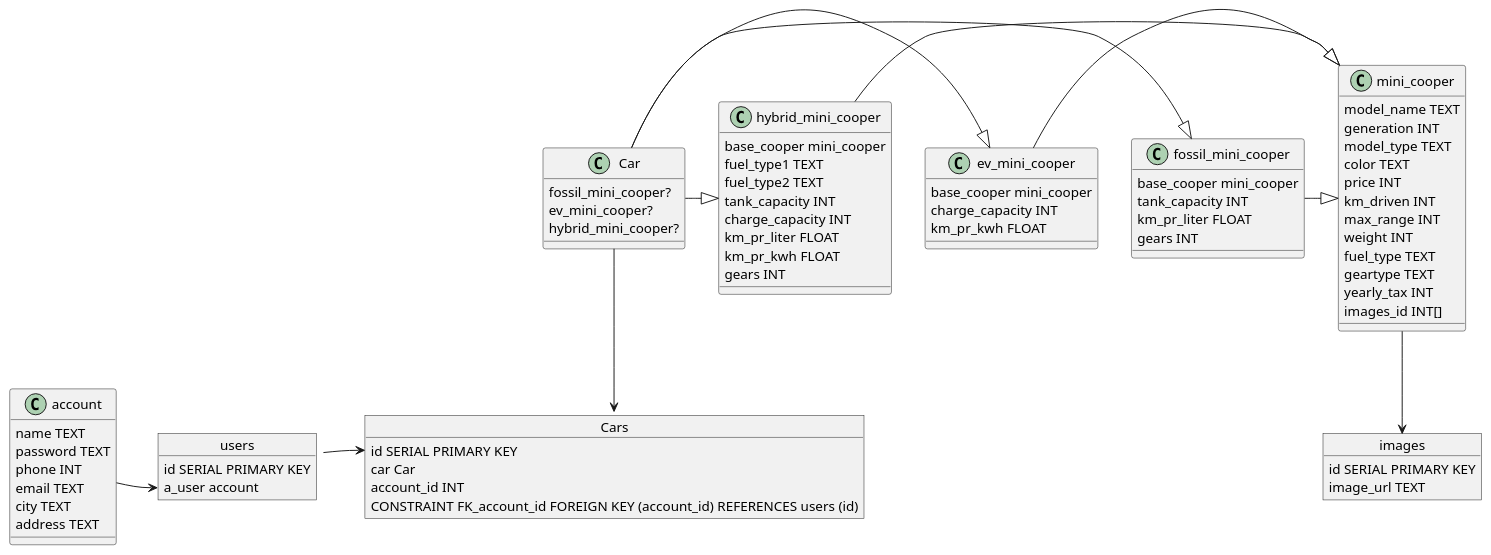
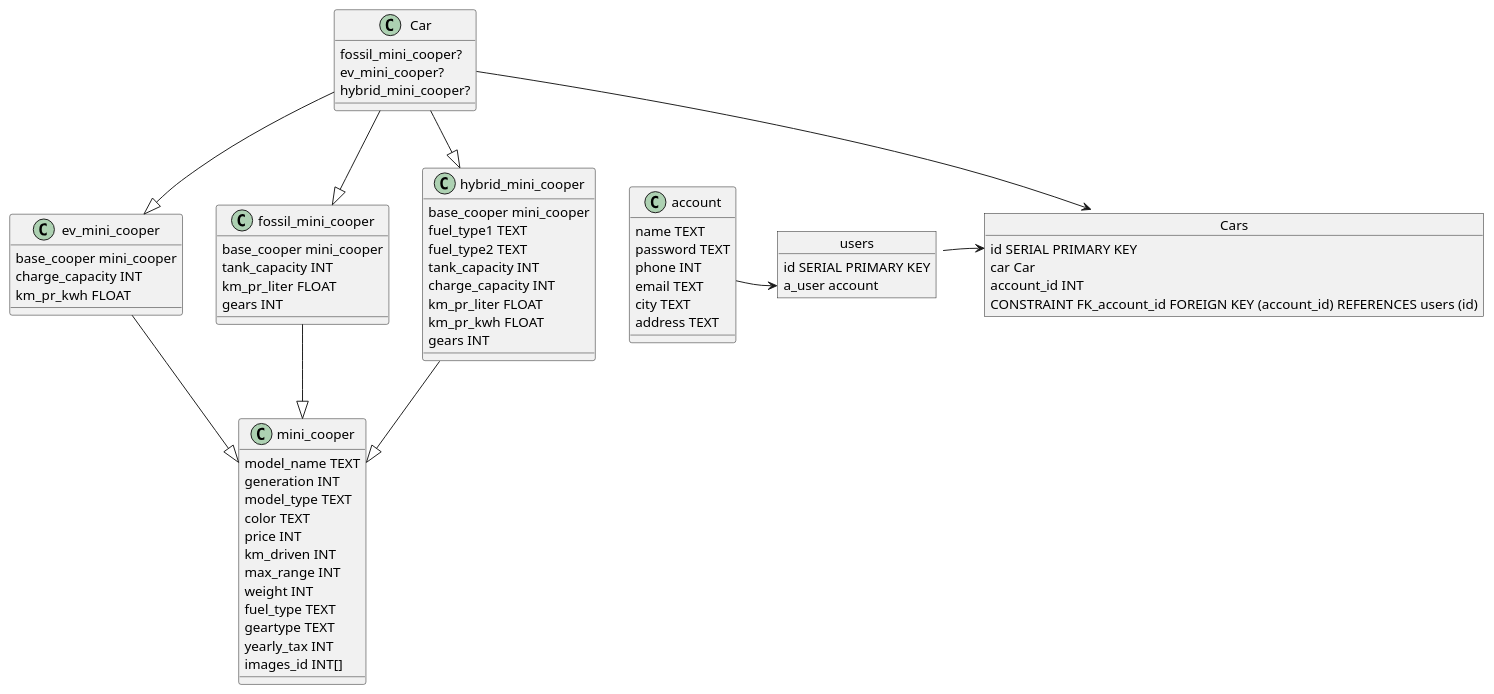
One commit to Mercantec-GHC/projekt-gruppe-3-1 changed the first of 2 diagrams in BlazorApp/DatabaseDiagram.puml. Above: the diagram before and after it, drawn with PlantUML. The commit also changed other lines of this file and 4 other files, not shown here.

```diff
--- a/BlazorApp/DatabaseDiagram.puml
+++ b/BlazorApp/DatabaseDiagram.puml
@@ -100,90 +1,83 @@
 @startuml
 'https://plantuml.com/sequence-diagram
 class mini_cooper {
     model_name TEXT
     generation INT
     model_type TEXT
     color TEXT
     price INT
     km_driven INT
     max_range INT
     weight INT
     fuel_type TEXT
     geartype TEXT
     yearly_tax INT
     images_id INT[]
 }
 
 class account {
     name TEXT
     password TEXT
     phone INT
     email TEXT
     city TEXT
     address TEXT
 }
 
 class ev_mini_cooper{
     base_cooper mini_cooper
     charge_capacity INT
     km_pr_kwh FLOAT
 }
 
 class fossil_mini_cooper {
     base_cooper mini_cooper
     tank_capacity INT
     km_pr_liter FLOAT
     gears INT
 }
 
 class hybrid_mini_cooper {
     base_cooper mini_cooper
     fuel_type1 TEXT
     fuel_type2 TEXT
     tank_capacity INT
     charge_capacity INT
     km_pr_liter FLOAT
     km_pr_kwh FLOAT
     gears INT
 }
 
-object images {
-    id SERIAL PRIMARY KEY    
-    image_url TEXT
-}
 
 object users{
     id SERIAL PRIMARY KEY
     a_user account
 }
 
 class Car {
     fossil_mini_cooper?
     ev_mini_cooper?
     hybrid_mini_cooper?
 }
 
-object Cars {
+object Cars{
     id SERIAL PRIMARY KEY
     car Car
     account_id INT
     CONSTRAINT FK_account_id FOREIGN KEY (account_id) REFERENCES users (id)
 }
 
-Car -|> fossil_mini_cooper
-Car -|> ev_mini_cooper
-Car -|> hybrid_mini_cooper
+Car --|> fossil_mini_cooper
+Car --|> ev_mini_cooper
+Car --|> hybrid_mini_cooper
 
 users -> Cars::id
 
 Car --> Cars
 
-mini_cooper --> images
-
-fossil_mini_cooper -|> mini_cooper
-ev_mini_cooper -|> mini_cooper
-hybrid_mini_cooper -|> mini_cooper
+fossil_mini_cooper --|> mini_cooper
+ev_mini_cooper --|> mini_cooper
+hybrid_mini_cooper --|> mini_cooper
 
 account -> users::a_user
-
 @enduml
```
